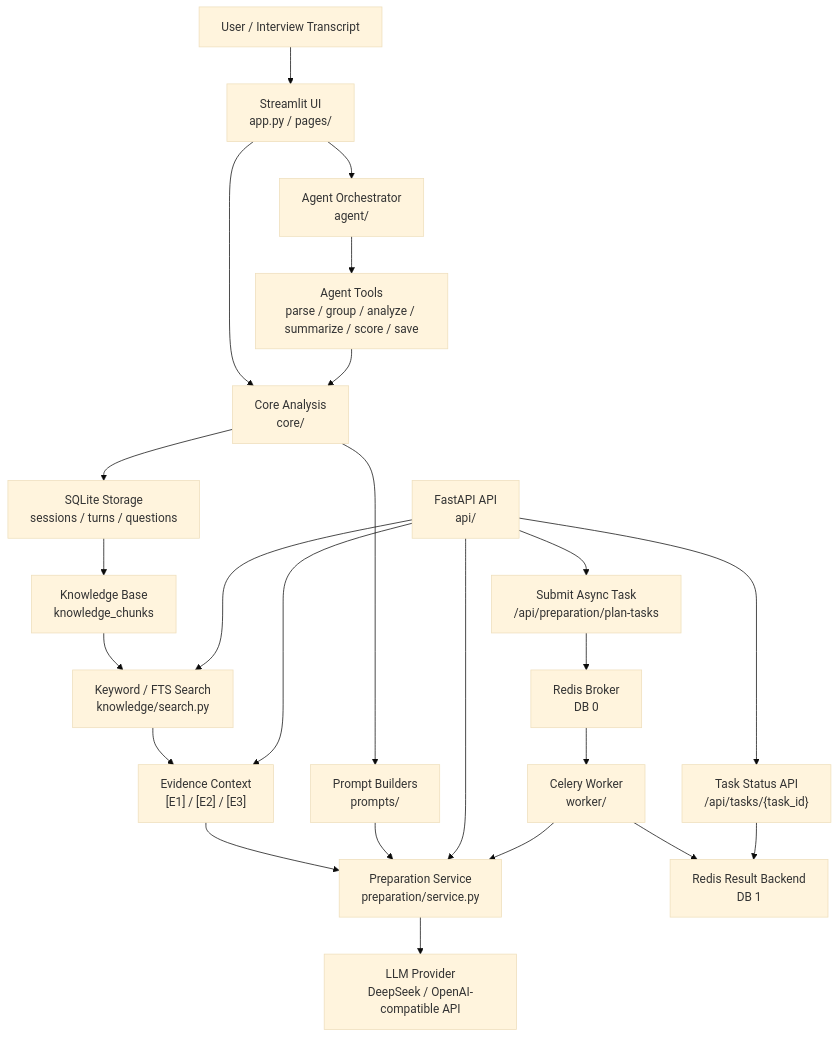
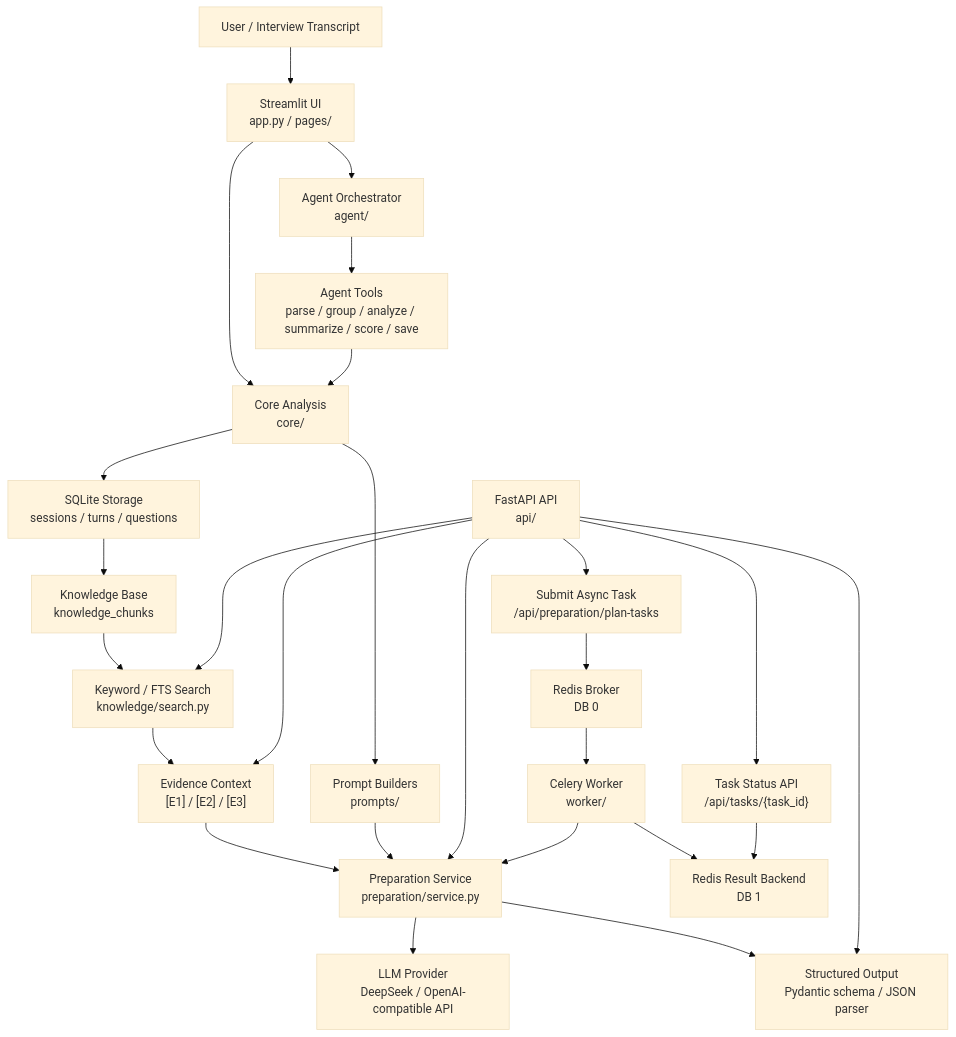
One commit to lingyu2023gla-star/interviewace changed the first of 10 diagrams in docs/architecture.md. Above: the diagram before and after it, drawn with Mermaid (base theme). The commit also changed other lines of this file and 13 other files, not shown here.

Commit message:
feat: add structured preparation plan output

````diff
--- a/docs/architecture.md
+++ b/docs/architecture.md
@@ -11,34 +11,36 @@
 ```mermaid
 flowchart TD
     U["User / Interview Transcript"] --> UI["Streamlit UI<br/>app.py / pages/"]
 
     UI --> Agent["Agent Orchestrator<br/>agent/"]
     UI --> Core["Core Analysis<br/>core/"]
 
     Agent --> Tools["Agent Tools<br/>parse / group / analyze / summarize / score / save"]
     Tools --> Core
 
     Core --> Prompts["Prompt Builders<br/>prompts/"]
     Core --> Storage["SQLite Storage<br/>sessions / turns / questions"]
 
     Storage --> KB["Knowledge Base<br/>knowledge_chunks"]
     KB --> Search["Keyword / FTS Search<br/>knowledge/search.py"]
     Search --> Evidence["Evidence Context<br/>[E1] / [E2] / [E3]"]
 
     Evidence --> Prep["Preparation Service<br/>preparation/service.py"]
     Prompts --> Prep
 
     Prep --> LLM["LLM Provider<br/>DeepSeek / OpenAI-compatible API"]
+    Prep --> Structured["Structured Output<br/>Pydantic schema / JSON parser"]
 
     API["FastAPI API<br/>api/"] --> Search
     API --> Evidence
     API --> Prep
+    API --> Structured
 
     API --> CelerySubmit["Submit Async Task<br/>/api/preparation/plan-tasks"]
     CelerySubmit --> RedisBroker["Redis Broker<br/>DB 0"]
     RedisBroker --> Worker["Celery Worker<br/>worker/"]
     Worker --> Prep
     Worker --> RedisResult["Redis Result Backend<br/>DB 1"]
     API --> TaskStatus["Task Status API<br/>/api/tasks/{task_id}"]
     TaskStatus --> RedisResult
 ```
````
